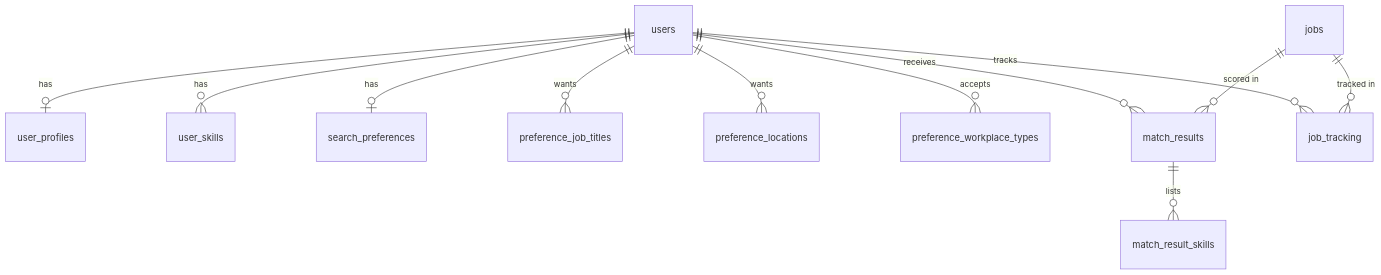
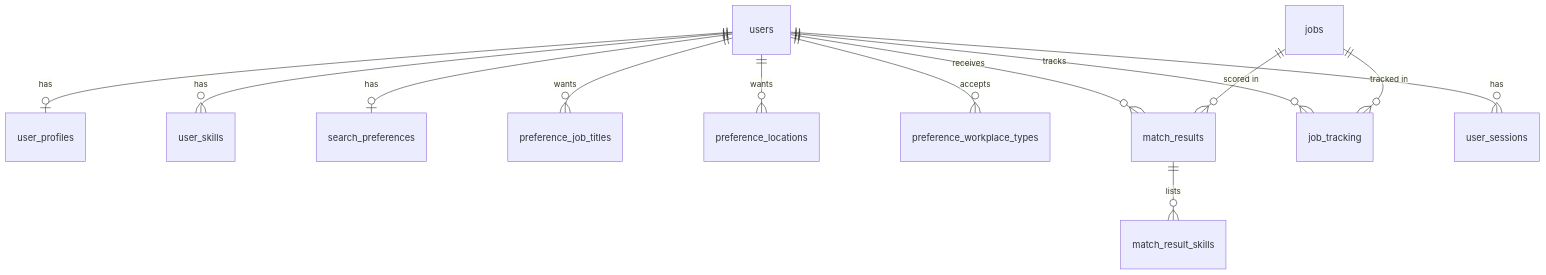
One commit to juanasal/cs467-job-hunting-ai changed the diagram in backend/db/README.md. Above: the diagram before and after it, drawn with Mermaid. The commit also changed other lines of this file, not shown here.

````diff
--- a/backend/db/README.md
+++ b/backend/db/README.md
@@ -63,14 +70,15 @@
 ```mermaid
 erDiagram
     users ||--o| user_profiles : "has"
     users ||--o{ user_skills : "has"
     users ||--o| search_preferences : "has"
     users ||--o{ preference_job_titles : "wants"
     users ||--o{ preference_locations : "wants"
     users ||--o{ preference_workplace_types : "accepts"
     users ||--o{ match_results : "receives"
     jobs  ||--o{ match_results : "scored in"
     match_results ||--o{ match_result_skills : "lists"
     users ||--o{ job_tracking : "tracks"
     jobs  ||--o{ job_tracking : "tracked in"
+    users ||--o{ user_sessions : "has"
 ```
````
